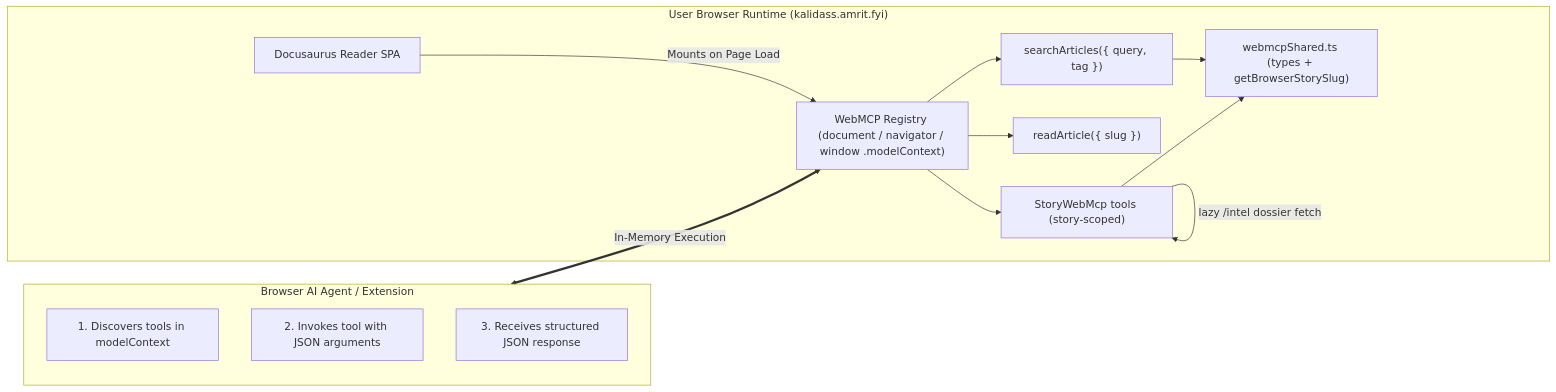
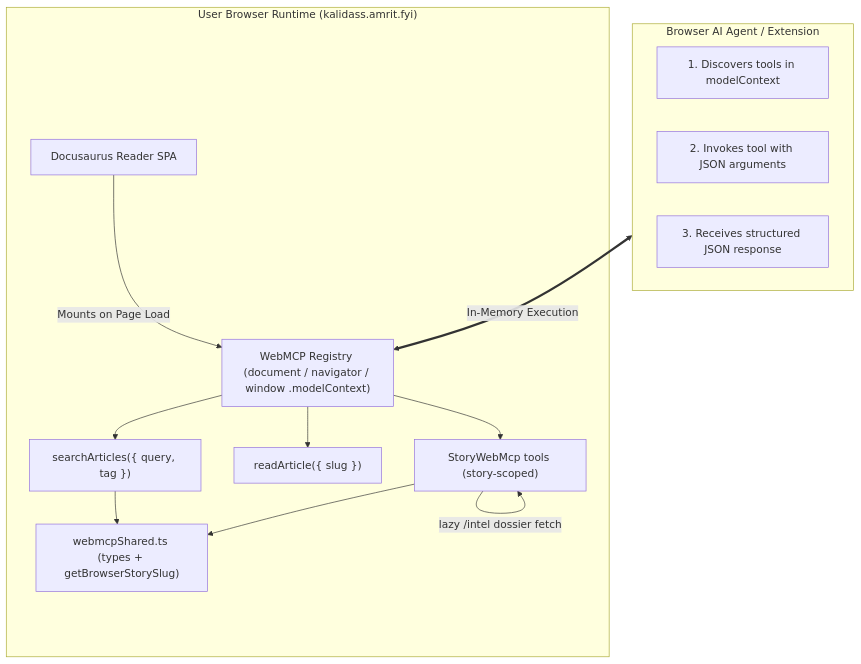
The diagram in docs/webmcp.mdx (AmritSDutta/kalidass), drawn with Mermaid before and after one commit. The commit also changed other lines of this file and 7 other files, not shown here.

````diff
--- a/docs/webmcp.mdx
+++ b/docs/webmcp.mdx
@@ -16,24 +16,24 @@
 ```mermaid
-flowchart LR
+flowchart TD
     subgraph Browser["User Browser Runtime (kalidass.amrit.fyi)"]
         Docusaurus["Docusaurus Reader SPA"]
         Registry["WebMCP Registry (document / navigator / window .modelContext)"]
         SearchTool["searchArticles({ query, tag })"]
         ReadTool["readArticle({ slug })"]
         StoryTools["StoryWebMcp tools (story-scoped)"]
         Shared["webmcpShared.ts (types + getBrowserStorySlug)"]
         Docusaurus -->|Mounts on Page Load| Registry
         Registry --> SearchTool
         Registry --> ReadTool
         Registry --> StoryTools
         StoryTools -->|"lazy /intel dossier fetch"| StoryTools
         SearchTool --> Shared
         StoryTools --> Shared
     end
     subgraph Agent["Browser AI Agent / Extension"]
         Discover["1. Discovers tools in modelContext"]
         Call["2. Invokes tool with JSON arguments"]
         Result["3. Receives structured JSON response"]
     end
     Agent <==>|In-Memory Execution| Registry
 ```
````
